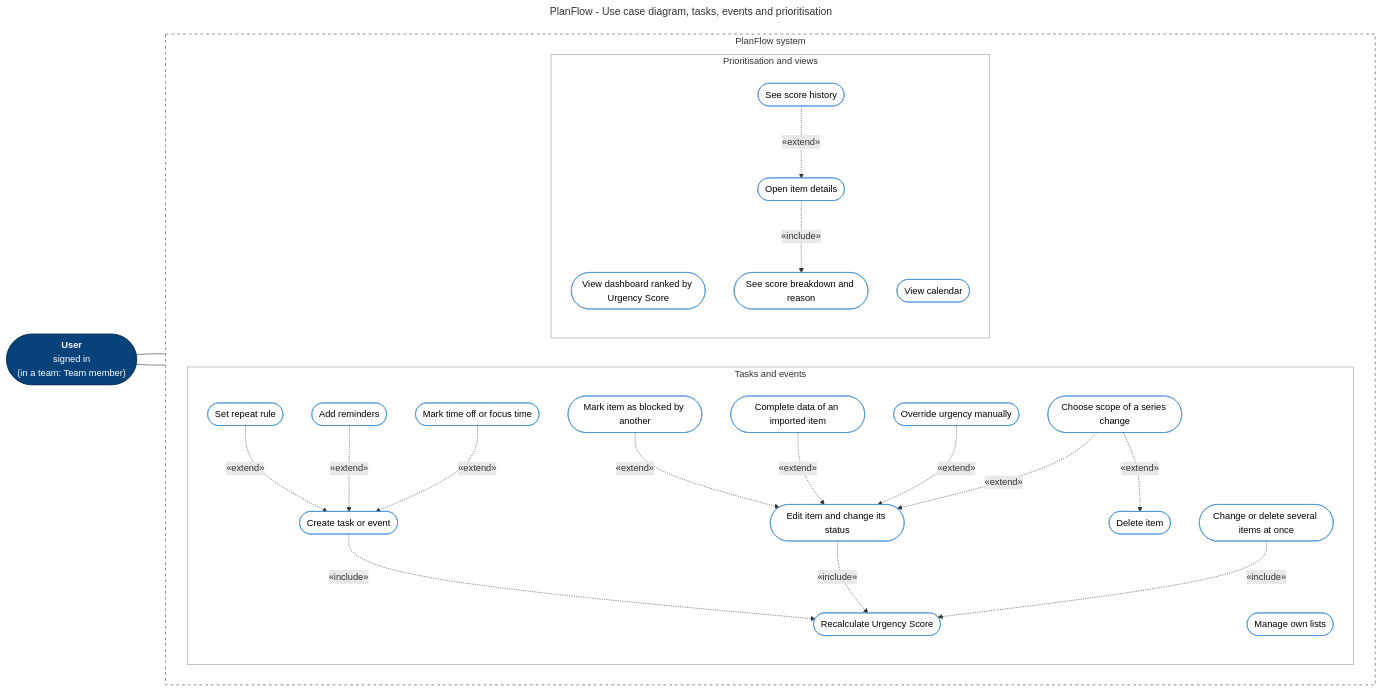
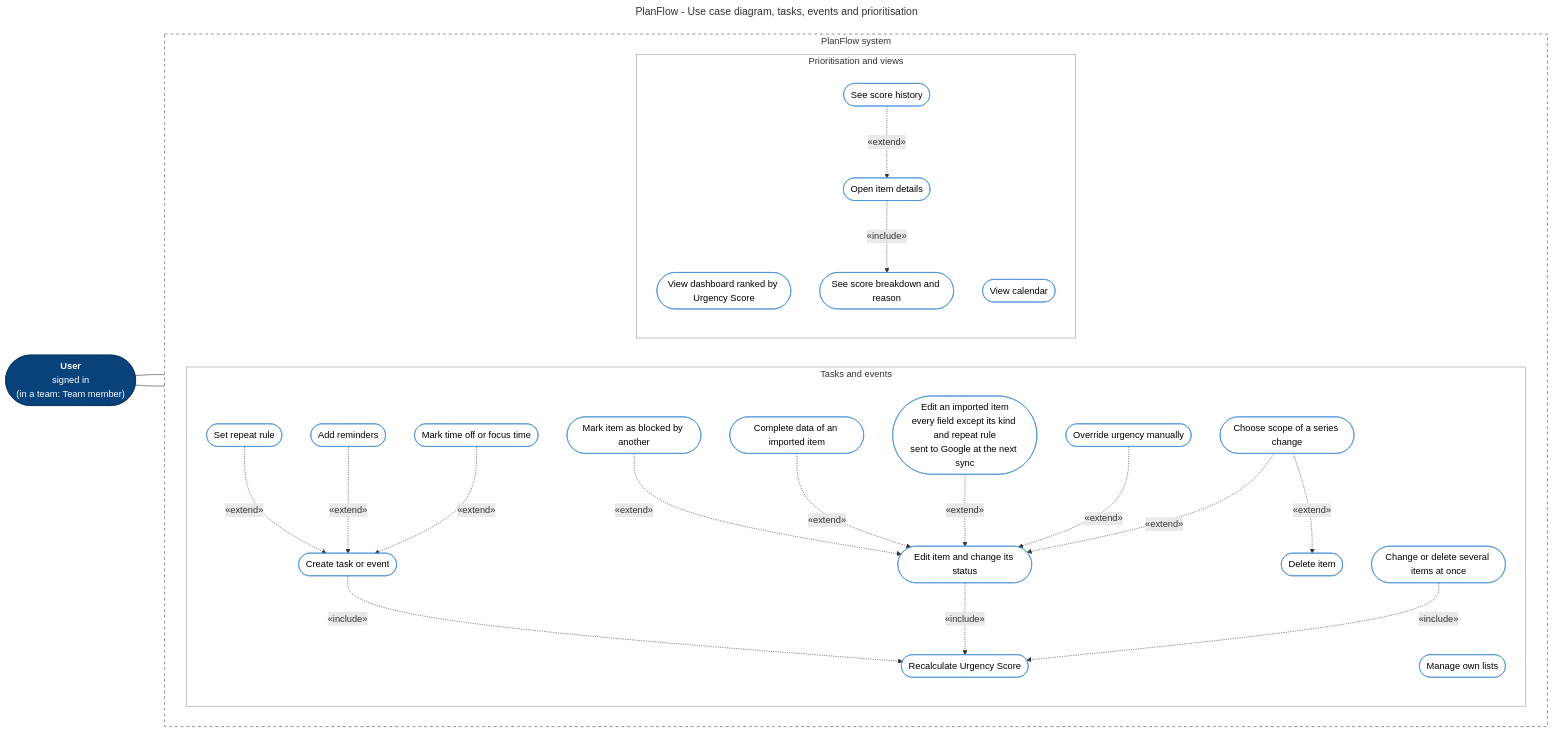
The diagram in documents/diagrams/use_cases_items.mmd (papisko7/Planflow), drawn with Mermaid before and after one commit. The commit also changed 95 other files, not shown here.

```diff
--- a/documents/diagrams/use_cases_items.mmd
+++ b/documents/diagrams/use_cases_items.mmd
@@ -1,57 +1,59 @@
 ---
 title: PlanFlow - Use case diagram, tasks, events and prioritisation
 ---
 flowchart LR
     user(["<b>User</b><br/>signed in<br/>(in a team: Team member)"]):::actor
 
     subgraph system ["PlanFlow system"]
         direction LR
 
         subgraph items ["Tasks and events"]
             create(["Create task or event"]):::uc
             edit(["Edit item and change its status"]):::uc
             delete(["Delete item"]):::uc
             bulk(["Change or delete several items at once"]):::uc
             lists(["Manage own lists"]):::uc
             repeat(["Set repeat rule"]):::uc
             remind(["Add reminders"]):::uc
             timeoff(["Mark time off or focus time"]):::uc
             block(["Mark item as blocked by another"]):::uc
             complete(["Complete data of an imported item"]):::uc
+            editgoogle(["Edit an imported item<br/>every field except its kind and repeat rule<br/>sent to Google at the next sync"]):::uc
             override(["Override urgency manually"]):::uc
             scope(["Choose scope of a series change"]):::uc
             recalc(["Recalculate Urgency Score"]):::uc
         end
 
         subgraph views ["Prioritisation and views"]
             dash(["View dashboard ranked by Urgency Score"]):::uc
             detail(["Open item details"]):::uc
             breakdown(["See score breakdown and reason"]):::uc
             history(["See score history"]):::uc
             cal(["View calendar"]):::uc
         end
     end
 
 
     user --- items
     user --- views
 
     repeat -.->|"«extend»"| create
     remind -.->|"«extend»"| create
     timeoff -.->|"«extend»"| create
     block -.->|"«extend»"| edit
     complete -.->|"«extend»"| edit
+    editgoogle -.->|"«extend»"| edit
     override -.->|"«extend»"| edit
     scope -.->|"«extend»"| edit
     scope -.->|"«extend»"| delete
     create -.->|"«include»"| recalc
     edit -.->|"«include»"| recalc
     bulk -.->|"«include»"| recalc
     detail -.->|"«include»"| breakdown
     history -.->|"«extend»"| detail
 
     classDef actor fill:#08427b,stroke:#052e56,color:#fff
     classDef uc fill:#fff,stroke:#438dd5,color:#000
     style system fill:none,stroke:#444,stroke-dasharray:5 5
     style items fill:none,stroke:#999
     style views fill:none,stroke:#999
```
